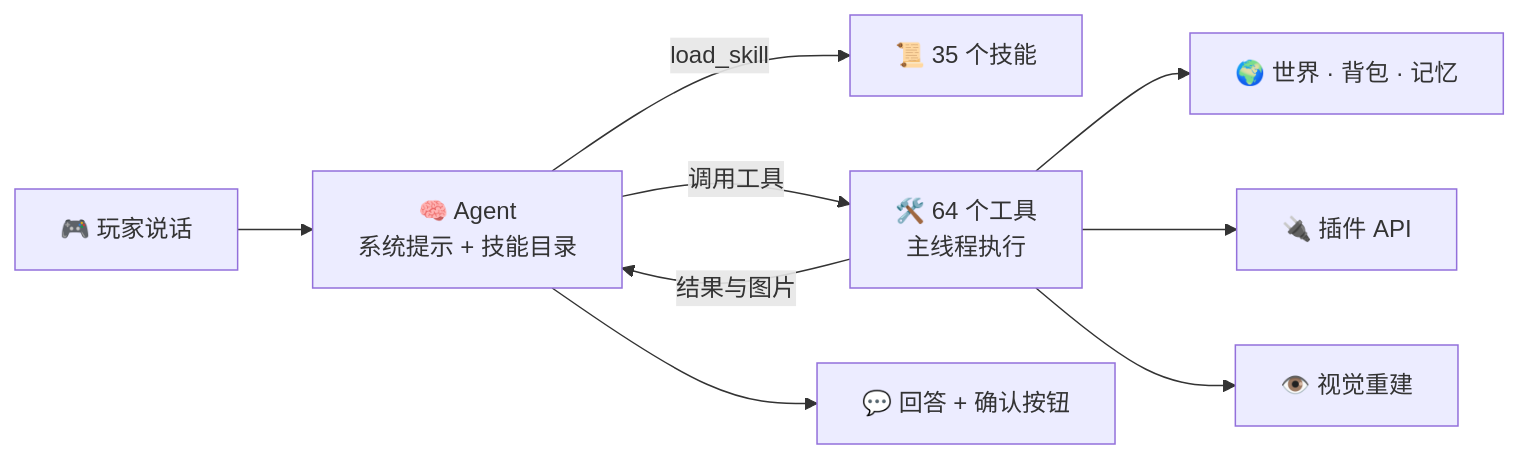
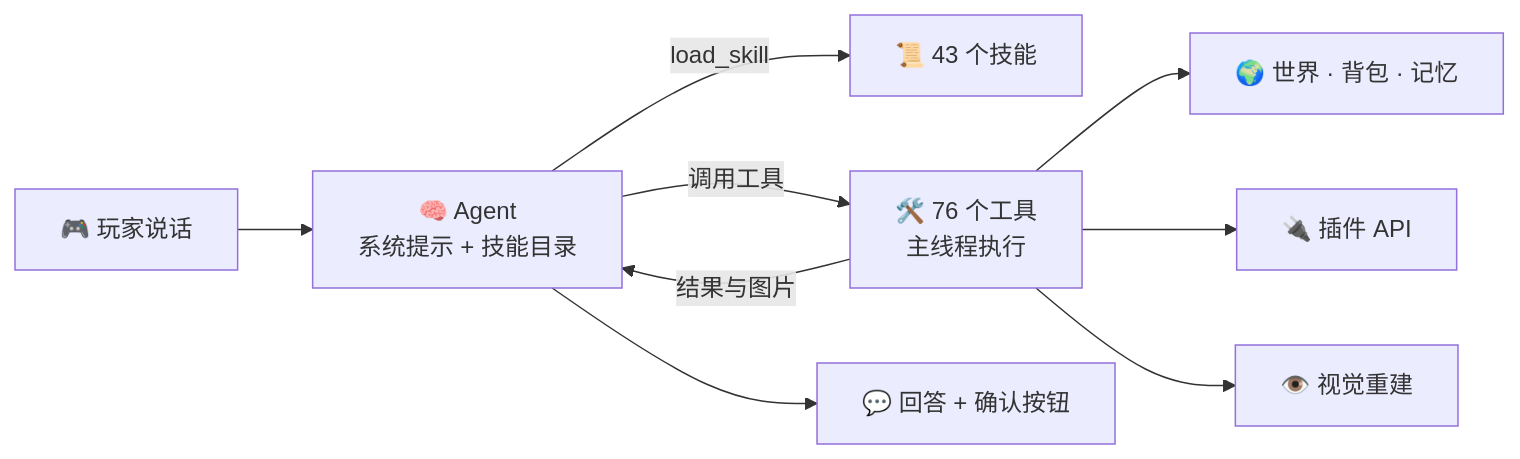
Before and after one commit to obsidianplusplus/PandaGPT: the diagram in README.md, drawn with Mermaid. The commit also changed other lines of this file and 45 other files, not shown here.

````diff
--- a/README.md
+++ b/README.md
@@ -190,11 +192,11 @@
 ```mermaid
 flowchart LR
     P["🎮 玩家说话"] --> A["🧠 Agent<br/>系统提示 + 技能目录"]
-    A -->|load_skill| S["📜 35 个技能"]
-    A -->|调用工具| T["🛠️ 64 个工具<br/>主线程执行"]
+    A -->|load_skill| S["📜 43 个技能"]
+    A -->|调用工具| T["🛠️ 76 个工具<br/>主线程执行"]
     T --> W["🌍 世界 · 背包 · 记忆"]
     T --> I["🔌 插件 API"]
     T --> V["👁️ 视觉重建"]
     T -->|结果与图片| A
     A --> R["💬 回答 + 确认按钮"]
 ```
````
